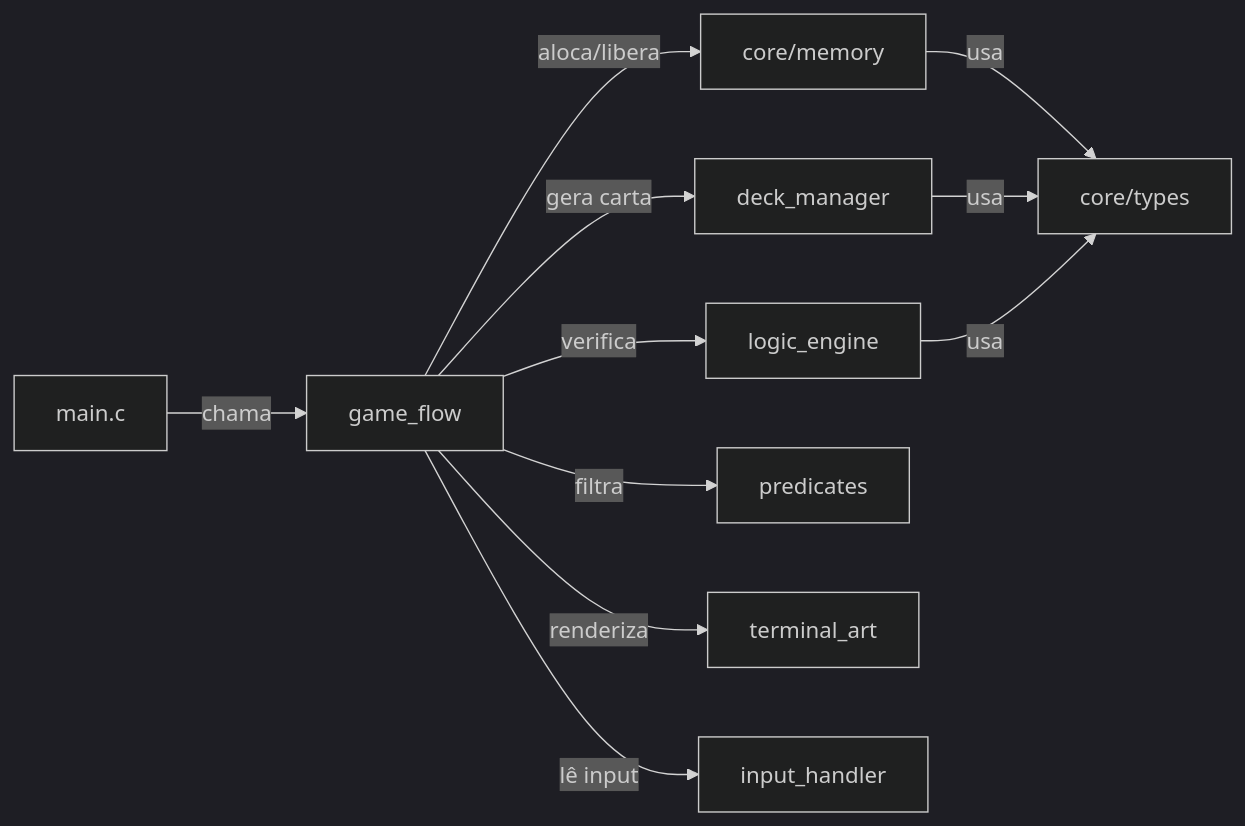
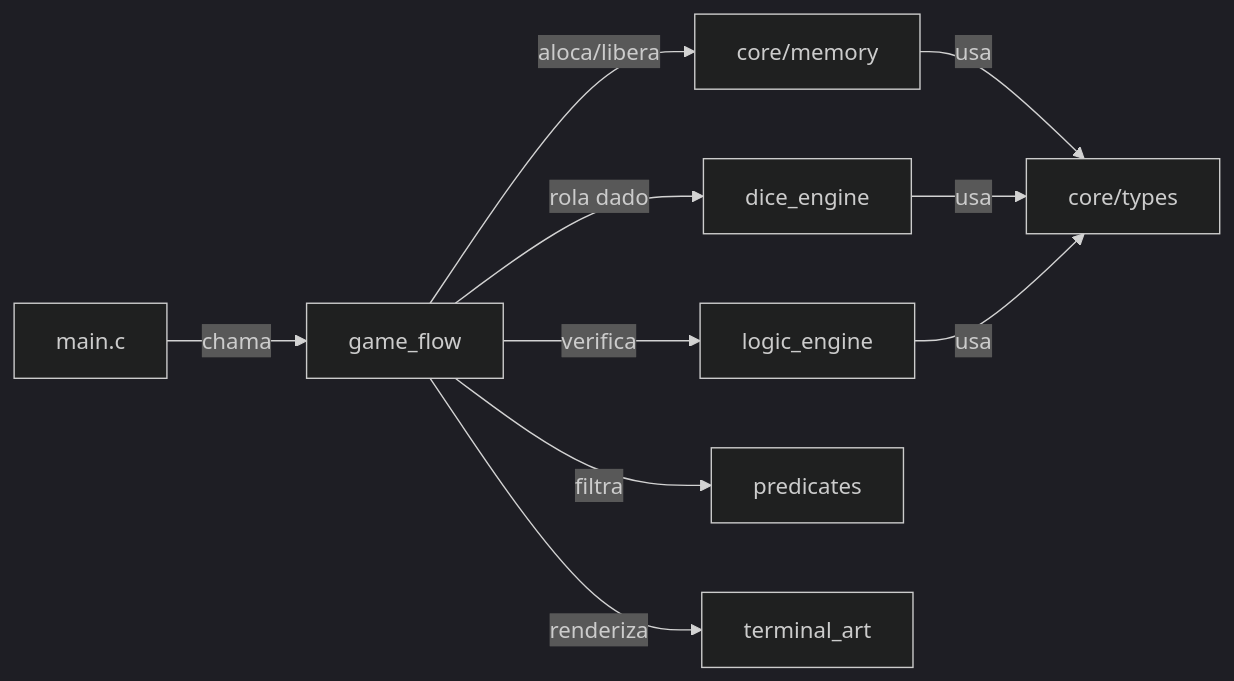
One commit to rsc3-pixel/The-Boolean-Bar changed the fourth of 4 diagrams in README.md. Above: the diagram before and after it, drawn with Mermaid (dark theme). The commit also changed other lines of this file, not shown here.

Commit message:
docs: reestruturar README para Fullstack e alinhar terminologia Liar's Dice

````diff
--- a/README.md
+++ b/README.md
@@ -210,13 +241,12 @@
 ```mermaid
 graph LR
     A["main.c"] -->|"chama"| B["game_flow"]
     B -->|"aloca/libera"| C["core/memory"]
-    B -->|"gera carta"| D["deck_manager"]
+    B -->|"rola dado"| D["dice_engine"]
     B -->|"verifica"| E["logic_engine"]
     B -->|"filtra"| F["predicates"]
     B -->|"renderiza"| G["terminal_art"]
-    B -->|"lê input"| H["input_handler"]
     C -->|"usa"| I["core/types"]
     D -->|"usa"| I
     E -->|"usa"| I
 ```
````
